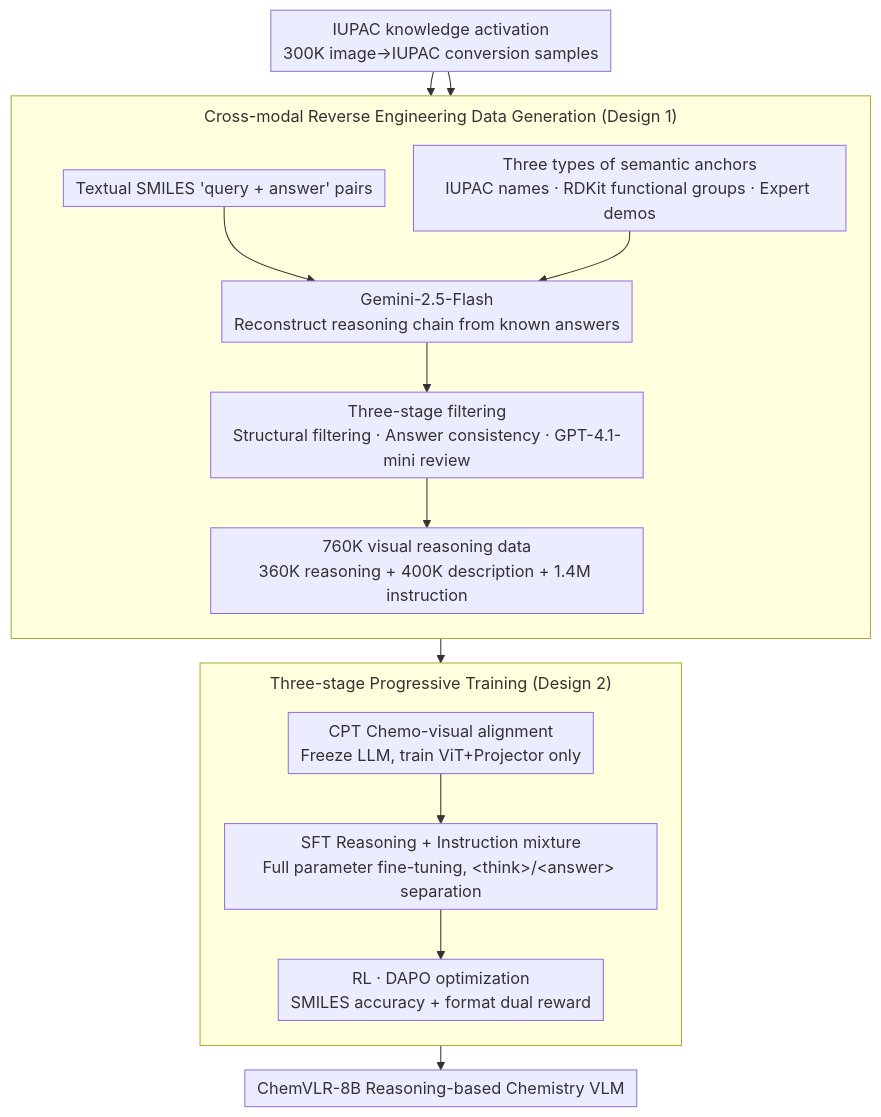
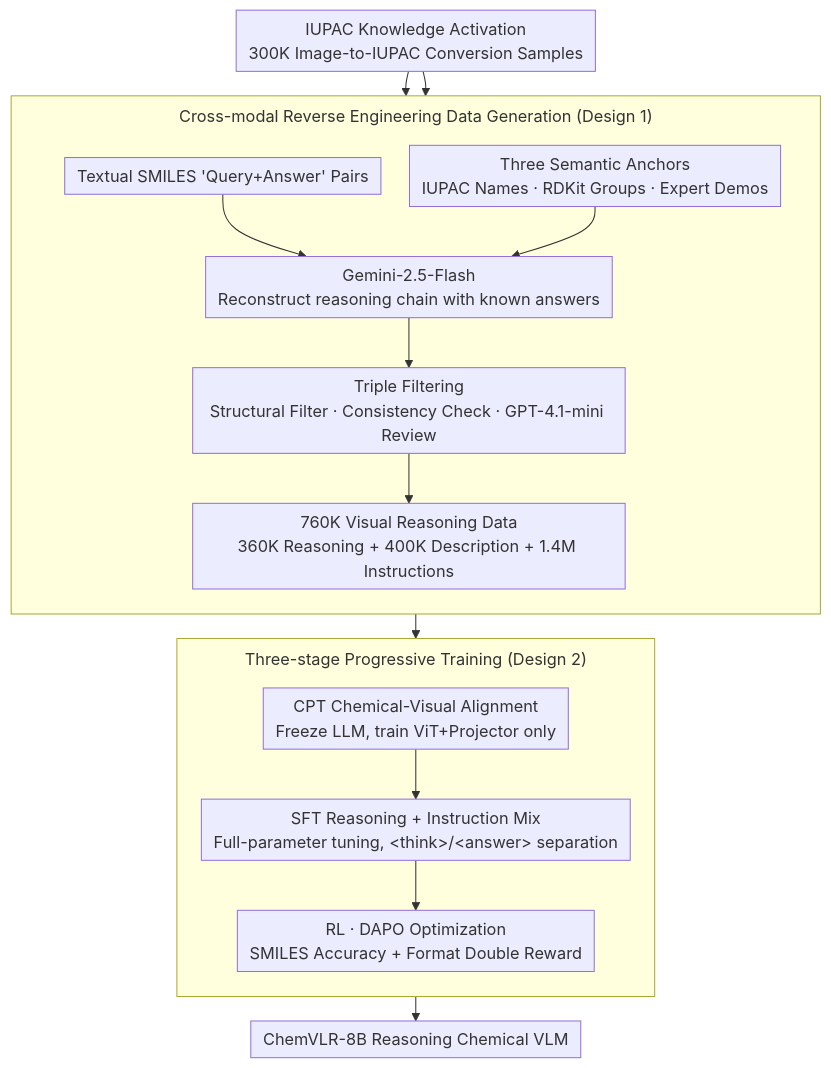
Before and after one commit to zhaoyang97/Paper-Notes-en: the diagram in docs/ACL2026/vlm_reasoning/chemvlr_prioritizing_reasoning_in_perception_for_chemical_vision-language_unders.md, drawn with Mermaid. The commit also changed other lines of this file and 5084 other files, not shown here.

````diff
--- a/docs/ACL2026/vlm_reasoning/chemvlr_prioritizing_reasoning_in_perception_for_chemical_vision-language_unders.md
+++ b/docs/ACL2026/vlm_reasoning/chemvlr_prioritizing_reasoning_in_perception_for_chemical_vision-language_unders.md
@@ -42,20 +42,20 @@
 ```mermaid
 %%{init: {'flowchart': {'rankSpacing': 24, 'nodeSpacing': 28, 'padding': 6, 'wrappingWidth': 400, 'subGraphTitleMargin': {'top': 8, 'bottom': 16}}}}%%
 flowchart TD
     subgraph DATA["Cross-modal Reverse Engineering Data Generation (Design 1)"]
         direction TB
-        Q["Textual SMILES 'query + answer' pairs"] --> G["Gemini-2.5-Flash<br/>Reconstruct reasoning chain from known answers"]
-        ANC["Three types of semantic anchors<br/>IUPAC names · RDKit functional groups · Expert demos"] --> G
-        G --> F["Three-stage filtering<br/>Structural filtering · Answer consistency · GPT-4.1-mini review"]
-        F --> DS["760K visual reasoning data<br/>360K reasoning + 400K description + 1.4M instruction"]
+        Q["Textual SMILES 'Query+Answer' Pairs"] --> G["Gemini-2.5-Flash<br/>Reconstruct reasoning chain with known answers"]
+        ANC["Three Semantic Anchors<br/>IUPAC Names · RDKit Groups · Expert Demos"] --> G
+        G --> F["Triple Filtering<br/>Structural Filter · Consistency Check · GPT-4.1-mini Review"]
+        F --> DS["760K Visual Reasoning Data<br/>360K Reasoning + 400K Description + 1.4M Instructions"]
     end
-    IUPAC["IUPAC knowledge activation<br/>300K image→IUPAC conversion samples"] --> ANC
+    IUPAC["IUPAC Knowledge Activation<br/>300K Image-to-IUPAC Conversion Samples"] --> ANC
     IUPAC --> DS
     DS --> TRAIN
     subgraph TRAIN["Three-stage Progressive Training (Design 2)"]
         direction TB
-        CPT["CPT Chemo-visual alignment<br/>Freeze LLM, train ViT+Projector only"] --> SFTS["SFT Reasoning + Instruction mixture<br/>Full parameter fine-tuning, &lt;think&gt;/&lt;answer&gt; separation"]
-        SFTS --> RL["RL · DAPO optimization<br/>SMILES accuracy + format dual reward"]
+        CPT["CPT Chemical-Visual Alignment<br/>Freeze LLM, train ViT+Projector only"] --> SFTS["SFT Reasoning + Instruction Mix<br/>Full-parameter tuning, &lt;think&gt;/&lt;answer&gt; separation"]
+        SFTS --> RL["RL · DAPO Optimization<br/>SMILES Accuracy + Format Double Reward"]
     end
-    TRAIN --> OUT["ChemVLR-8B Reasoning-based Chemistry VLM"]
+    TRAIN --> OUT["ChemVLR-8B Reasoning Chemical VLM"]
 ```
````
